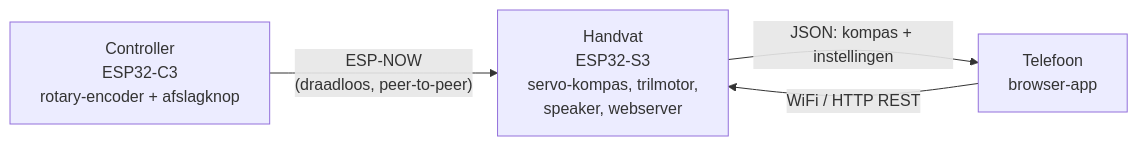
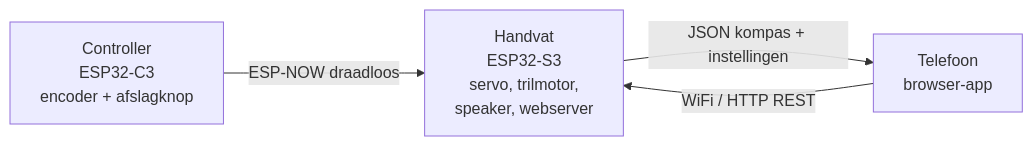
The first of 5 diagrams in docs/software.md (spiryns/UCD), drawn with Mermaid before and after one commit. The commit also changed other lines of this file and 1 other file, not shown here.

First line of the commit message:
docs: mermaid-diagrammen render-veilig maken + app-README visueel

````diff
--- a/docs/software.md
+++ b/docs/software.md
@@ -20,9 +20,9 @@
 ```mermaid
 graph LR
-    C["Controller<br/>ESP32-C3<br/>rotary-encoder + afslagknop"]
-    H["Handvat<br/>ESP32-S3<br/>servo-kompas, trilmotor,<br/>speaker, webserver"]
+    C["Controller<br/>ESP32-C3<br/>encoder + afslagknop"]
+    H["Handvat<br/>ESP32-S3<br/>servo, trilmotor,<br/>speaker, webserver"]
     P["Telefoon<br/>browser-app"]
-    C -- "ESP-NOW<br/>(draadloos, peer-to-peer)" --> H
-    P -- "WiFi / HTTP REST" --> H
-    H -- "JSON: kompas + instellingen" --> P
+    C -->|ESP-NOW draadloos| H
+    P -->|WiFi / HTTP REST| H
+    H -->|JSON kompas + instellingen| P
 ```
````
